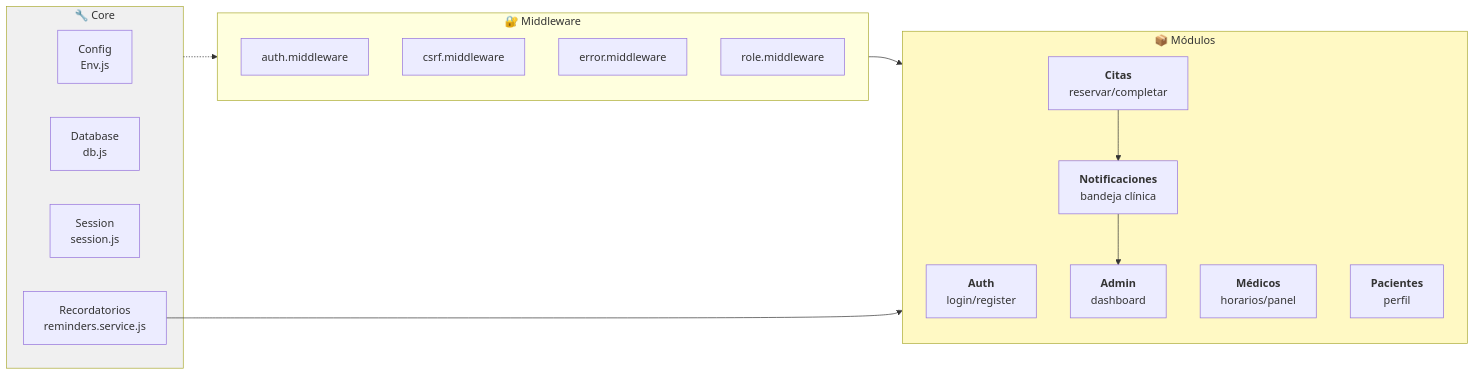
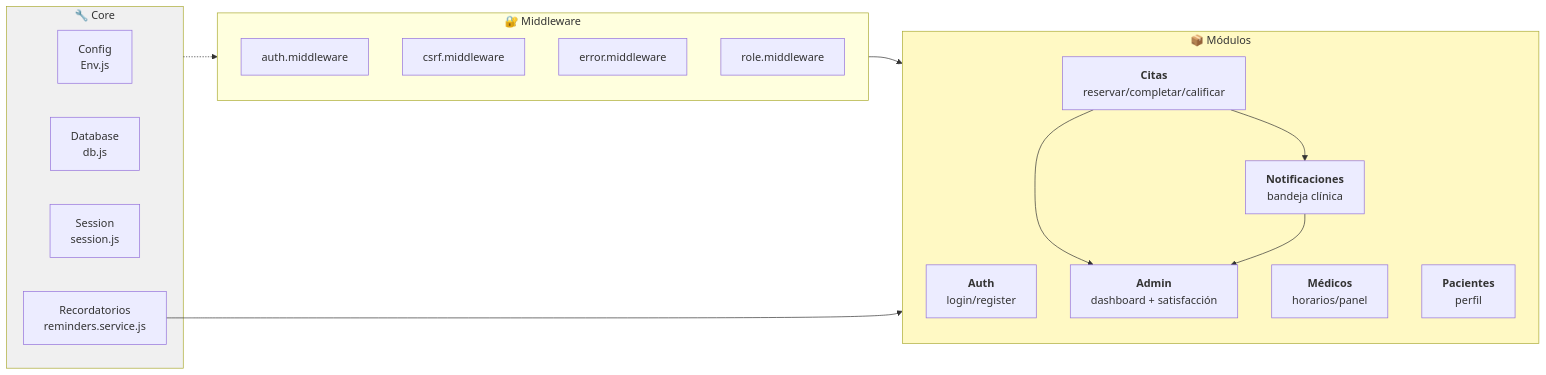
One commit to EdwardAR/CIS_II changed the third of 8 diagrams in README.md. Above: the diagram before and after it, drawn with Mermaid. The commit also changed other lines of this file and 1 other file, not shown here.

````diff
--- a/README.md
+++ b/README.md
@@ -148,34 +157,35 @@
 ```mermaid
 graph LR
     subgraph Core["🔧 Core"]
         ENV["Config<br/>Env.js"]
         DB["Database<br/>db.js"]
         SESSION["Session<br/>session.js"]
         REM["Recordatorios<br/>reminders.service.js"]
     end
     
     subgraph Middleware["🔐 Middleware"]
         AUTH["auth.middleware"]
         CSRF["csrf.middleware"]
         ERROR["error.middleware"]
         ROLE["role.middleware"]
     end
     
     subgraph Modules["📦 Módulos"]
         AUTH_MOD["<b>Auth</b><br/>login/register"]
-        CITAS["<b>Citas</b><br/>reservar/completar"]
+        CITAS["<b>Citas</b><br/>reservar/completar/calificar"]
         NOTI["<b>Notificaciones</b><br/>bandeja clínica"]
         MEDICOS["<b>Médicos</b><br/>horarios/panel"]
         PACIENTES["<b>Pacientes</b><br/>perfil"]
-        ADMIN["<b>Admin</b><br/>dashboard"]
+        ADMIN["<b>Admin</b><br/>dashboard + satisfacción"]
     end
     
     Core -.-> Middleware
     Middleware --> Modules
     REM --> Modules
     CITAS --> NOTI
+    CITAS --> ADMIN
     NOTI --> ADMIN
     
     style Core fill:#f0f0f0
     style Modules fill:#fff9c4
 ```
````
